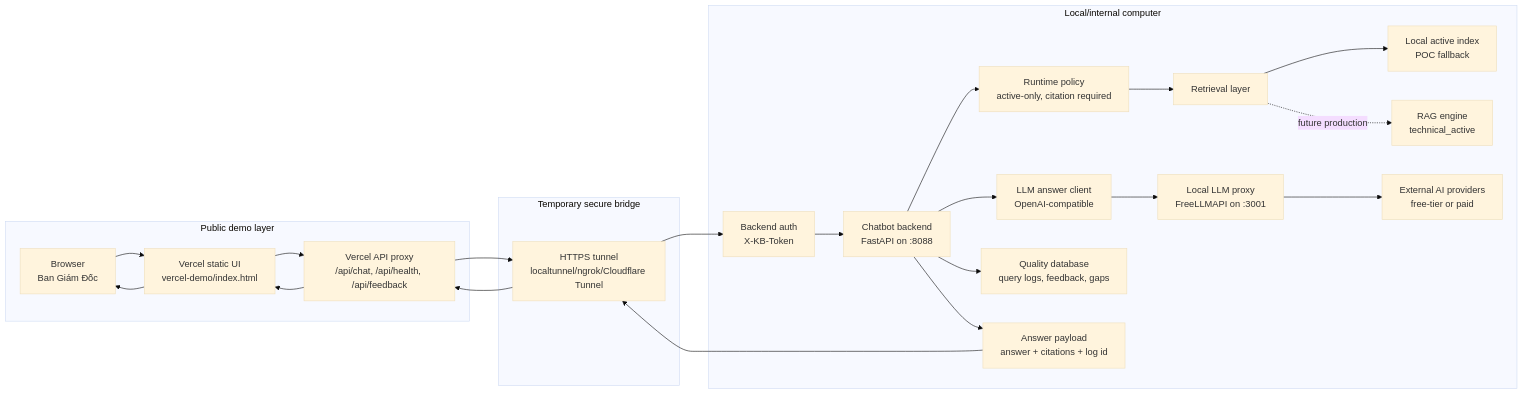
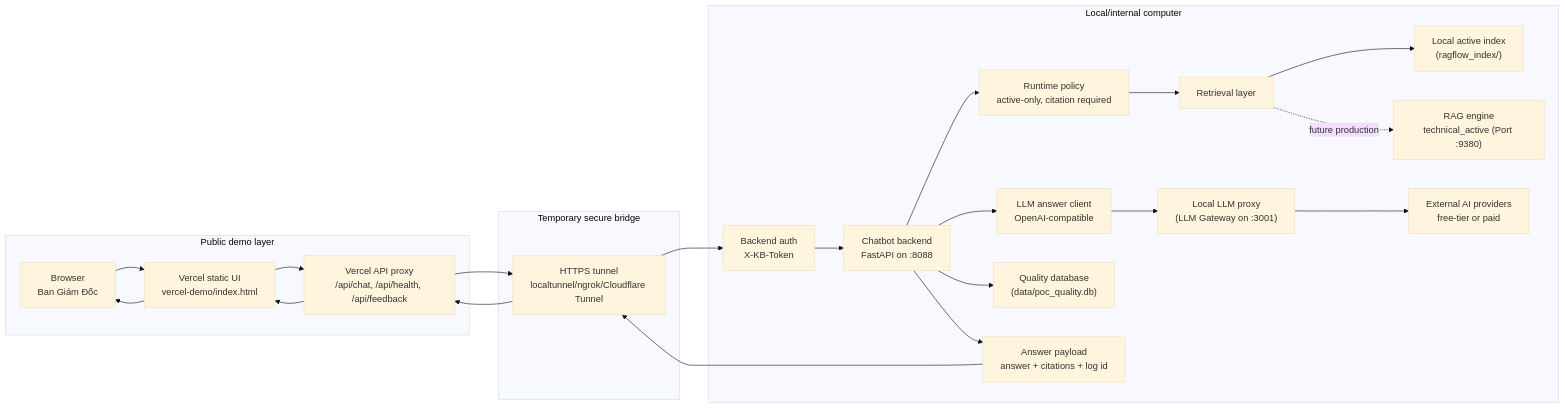
The second of 5 diagrams in docs/demo-end-to-end-architecture.md (DinhLucent/chatboxRAG-enterprise), drawn with Mermaid (base theme) before and after one commit. The commit also changed other lines of this file and 35 other files, not shown here.

Commit message:
checkpoint: Align local index, ports, Favicon & RAG Maintenance UI

````diff
--- a/docs/demo-end-to-end-architecture.md
+++ b/docs/demo-end-to-end-architecture.md
@@ -34,33 +34,33 @@
 ```mermaid
 flowchart LR
     subgraph PUBLIC["Public demo layer"]
         U["Browser<br/>Ban Giám Đốc"] --> VUI["Vercel static UI<br/>vercel-demo/index.html"]
         VUI --> VAPI["Vercel API proxy<br/>/api/chat, /api/health, /api/feedback"]
     end
 
     subgraph BRIDGE["Temporary secure bridge"]
         VAPI --> TUN["HTTPS tunnel<br/>localtunnel/ngrok/Cloudflare Tunnel"]
     end
 
     subgraph LOCAL["Local/internal computer"]
         TUN --> AUTH["Backend auth<br/>X-KB-Token"]
         AUTH --> API["Chatbot backend<br/>FastAPI on :8088"]
 
         API --> POLICY["Runtime policy<br/>active-only, citation required"]
         POLICY --> RET["Retrieval layer"]
-        RET --> LIDX["Local active index<br/>POC fallback"]
-        RET -. "future production" .-> RAG["RAG engine<br/>technical_active"]
+        RET --> LIDX["Local active index<br/>(ragflow_index/)"]
+        RET -. "future production" .-> RAG["RAG engine<br/>technical_active (Port :9380)"]
 
         API --> LLM["LLM answer client<br/>OpenAI-compatible"]
-        LLM --> FLLM["Local LLM proxy<br/>FreeLLMAPI on :3001"]
+        LLM --> FLLM["Local LLM proxy<br/>(LLM Gateway on :3001)"]
         FLLM --> EXT["External AI providers<br/>free-tier or paid"]
 
-        API --> QDB["Quality database<br/>query logs, feedback, gaps"]
+        API --> QDB["Quality database<br/>(data/poc_quality.db)"]
         API --> RESP["Answer payload<br/>answer + citations + log id"]
     end
 
     RESP --> TUN
     TUN --> VAPI
     VAPI --> VUI
     VUI --> U
 ```
````
